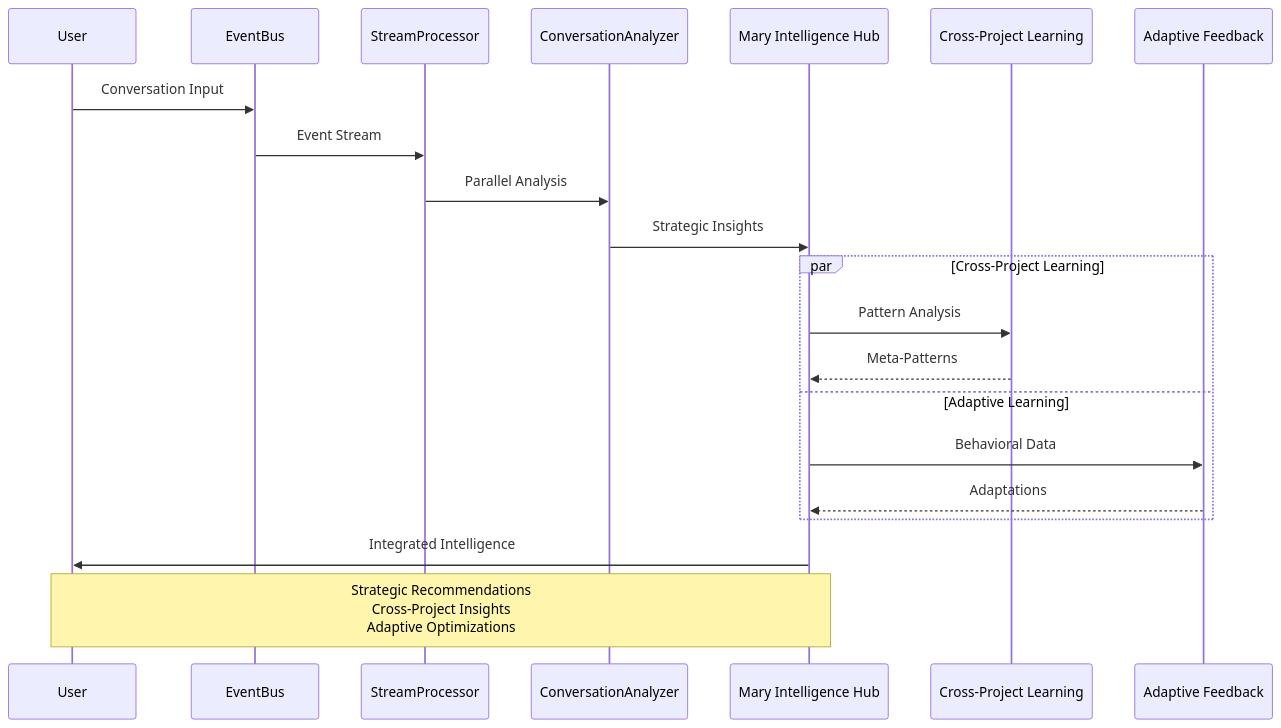
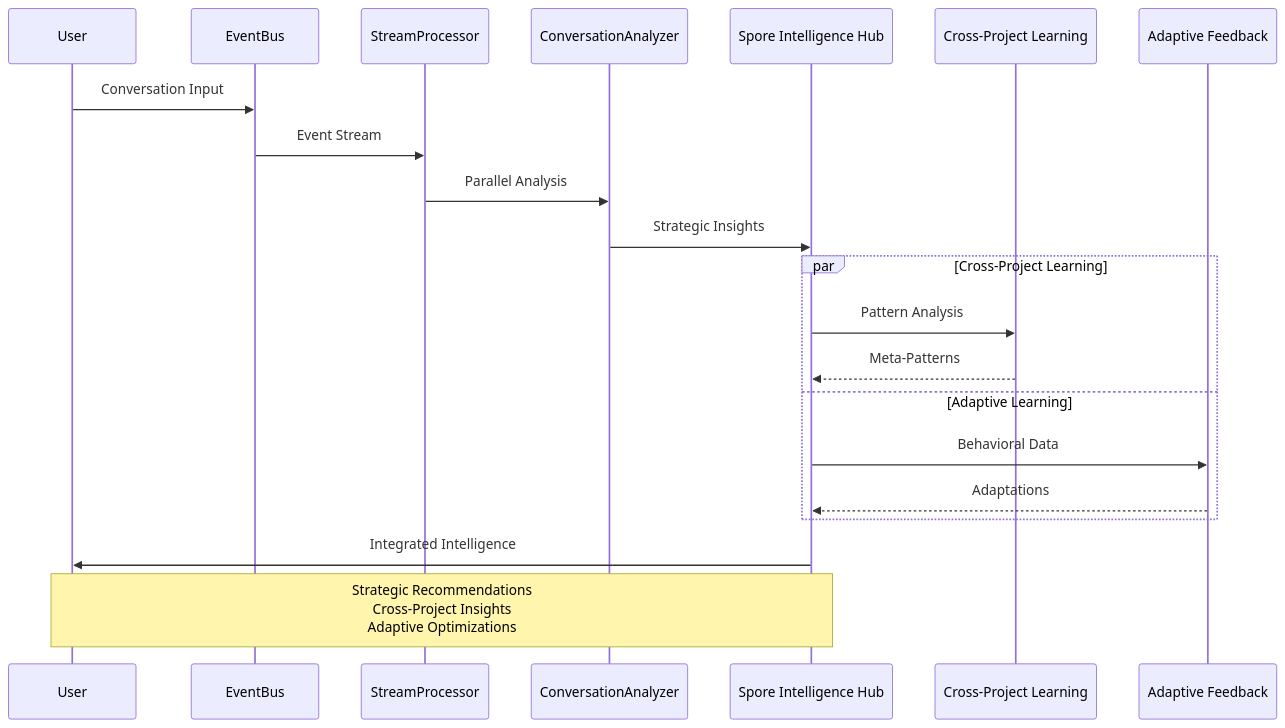
One commit to Habdel-Edenfield/microbioma-digital changed the second of 3 diagrams in README.md. Above: the diagram before and after it, drawn with Mermaid. The commit also changed other lines of this file and 12 other files, not shown here.

````diff
--- a/README.md
+++ b/README.md
@@ -274,26 +274,26 @@
 ```mermaid
 sequenceDiagram
     participant User
     participant EventBus
     participant StreamProcessor
     participant ConversationAnalyzer
-    participant MaryHub as Mary Intelligence Hub
+    participant SporeHub as Spore Intelligence Hub
     participant CrossProject as Cross-Project Learning
     participant Adaptive as Adaptive Feedback
 
     User->>EventBus: Conversation Input
     EventBus->>StreamProcessor: Event Stream
     StreamProcessor->>ConversationAnalyzer: Parallel Analysis
-    ConversationAnalyzer->>MaryHub: Strategic Insights
+    ConversationAnalyzer->>SporeHub: Strategic Insights
     
     par Cross-Project Learning
-        MaryHub->>CrossProject: Pattern Analysis
-        CrossProject-->>MaryHub: Meta-Patterns
+        SporeHub->>CrossProject: Pattern Analysis
+        CrossProject-->>SporeHub: Meta-Patterns
     and Adaptive Learning
-        MaryHub->>Adaptive: Behavioral Data
-        Adaptive-->>MaryHub: Adaptations
+        SporeHub->>Adaptive: Behavioral Data
+        Adaptive-->>SporeHub: Adaptations
     end
     
-    MaryHub->>User: Integrated Intelligence
-    Note over User,MaryHub: Strategic Recommendations<br/>Cross-Project Insights<br/>Adaptive Optimizations
+    SporeHub->>User: Integrated Intelligence
+    Note over User,SporeHub: Strategic Recommendations<br/>Cross-Project Insights<br/>Adaptive Optimizations
 ```
````
